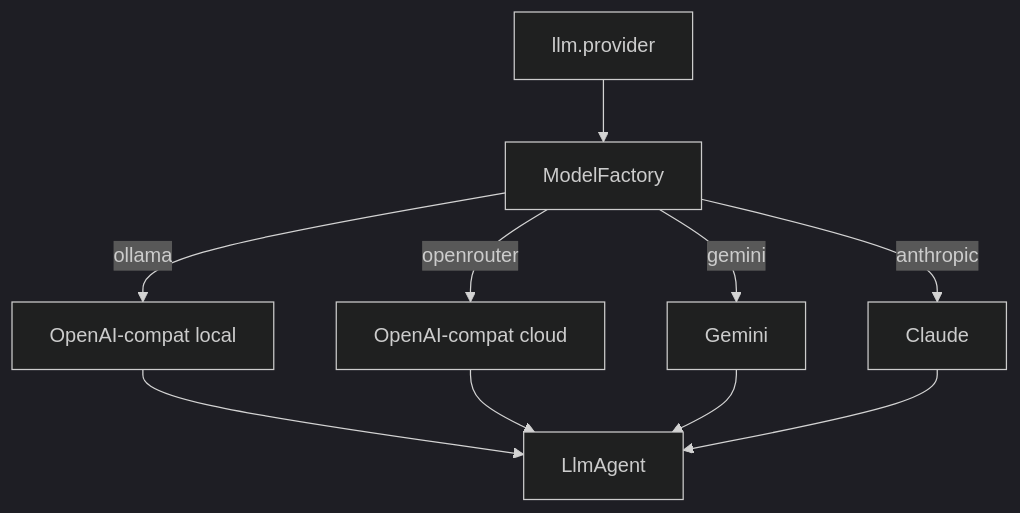
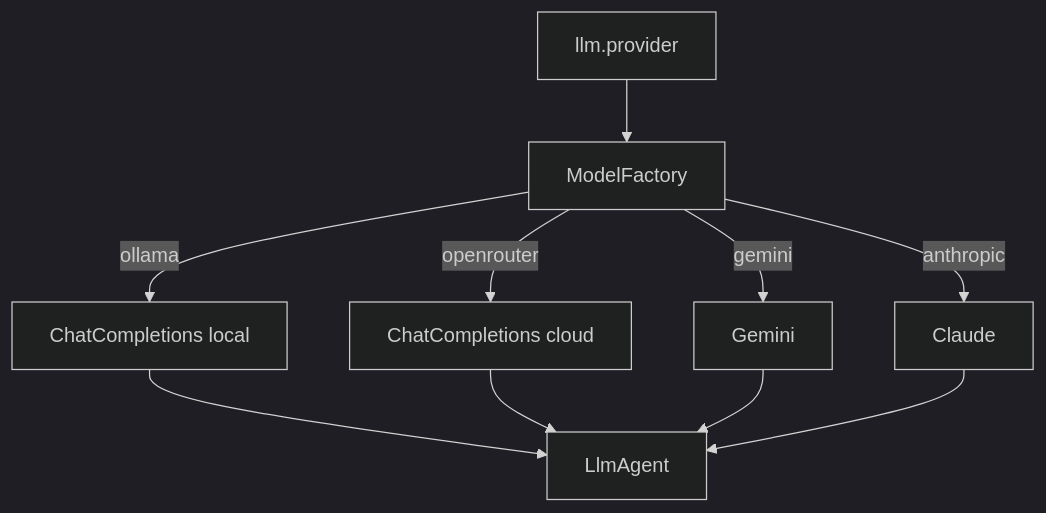
Before and after one commit to ShivendraGupta13/customer-support-assistant: the third of 14 diagrams in docs/architecture.md, drawn with Mermaid (dark theme). The commit also changed other lines of this file and 10 other files, not shown here.

First line of the commit message:
Add model routing with ChatCompletionsLlm and LlmContext (Task 6).

````diff
--- a/docs/architecture.md
+++ b/docs/architecture.md
@@ -309,12 +309,12 @@
 ```mermaid
 flowchart TD
     Cfg[llm.provider] --> MF[ModelFactory]
-    MF -->|ollama| OA[OpenAI-compat local]
-    MF -->|openrouter| OR[OpenAI-compat cloud]
+    MF -->|ollama| OA[ChatCompletions local]
+    MF -->|openrouter| OR[ChatCompletions cloud]
     MF -->|gemini| GE[Gemini]
     MF -->|anthropic| CL[Claude]
     OA --> Agent[LlmAgent]
     OR --> Agent
     GE --> Agent
     CL --> Agent
 ```
````
